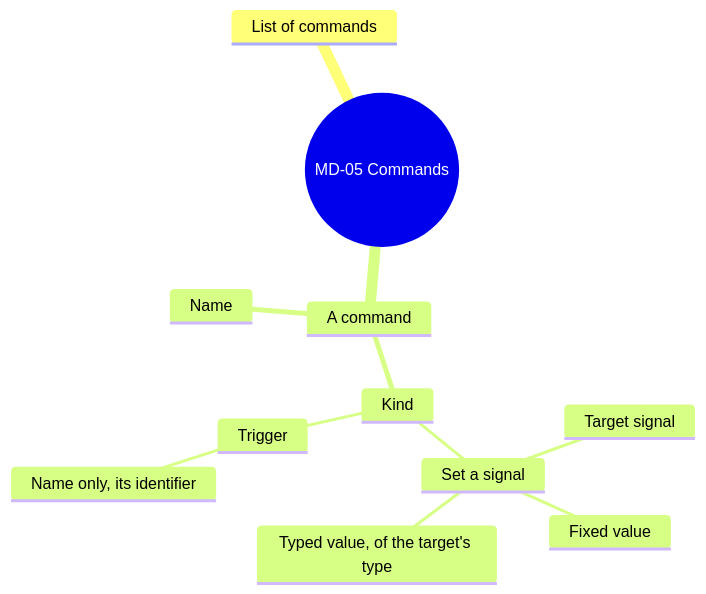
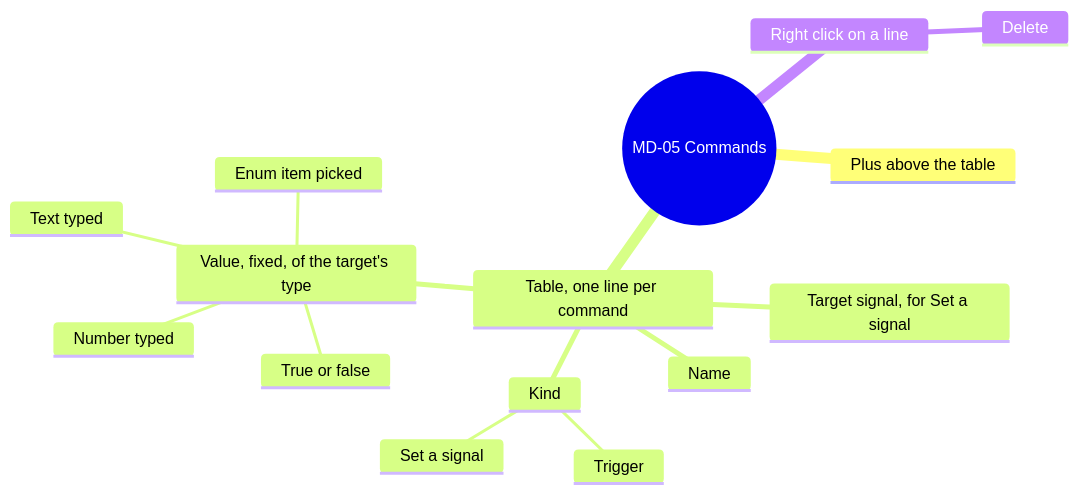
The eighth of 13 diagrams in screens/metadata.md (AlexandreGallais/synoptic-studio-spec), drawn with Mermaid before and after one commit. The commit also changed other lines of this file and 12 other files, not shown here.

First line of the commit message:
docs(spec): fix type parent and move signals and commands to tables

````diff
--- a/screens/metadata.md
+++ b/screens/metadata.md
@@ -217,14 +222,18 @@
 ```mermaid
 mindmap
   root((MD-05 Commands))
-    List of commands
-    A command
-      Name
+    Plus above the table
+    Table, one line per command
       Kind
         Set a signal
-          Target signal
-          Fixed value
-          Typed value, of the target's type
         Trigger
-          Name only, its identifier
+      Name
+      Target signal, for Set a signal
+      Value, fixed, of the target's type
+        Number typed
+        True or false
+        Text typed
+        Enum item picked
+    Right click on a line
+      Delete
 ```
````
